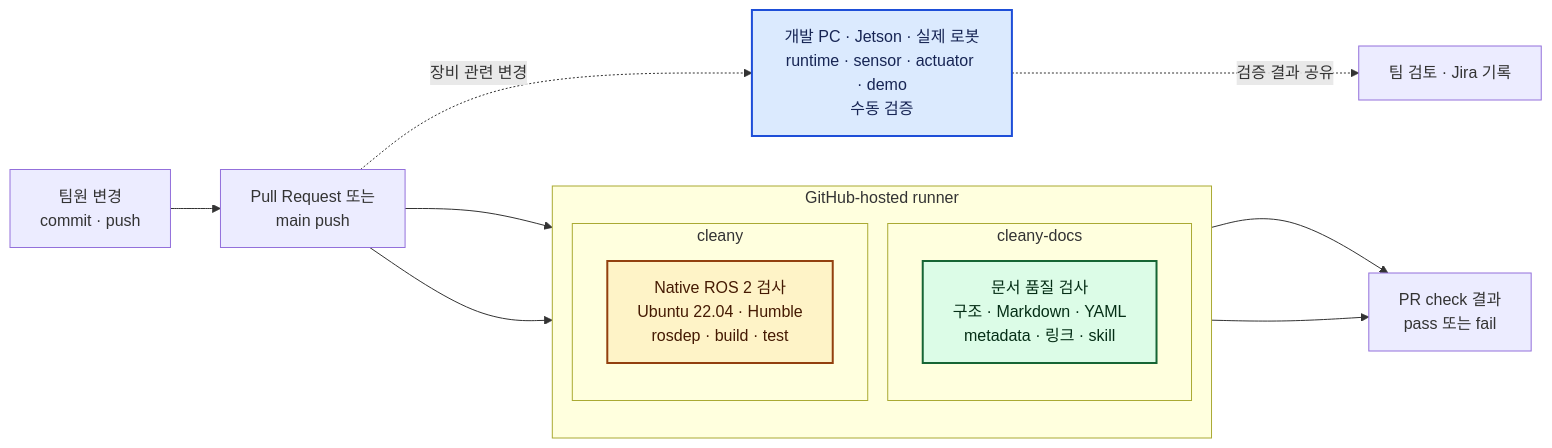
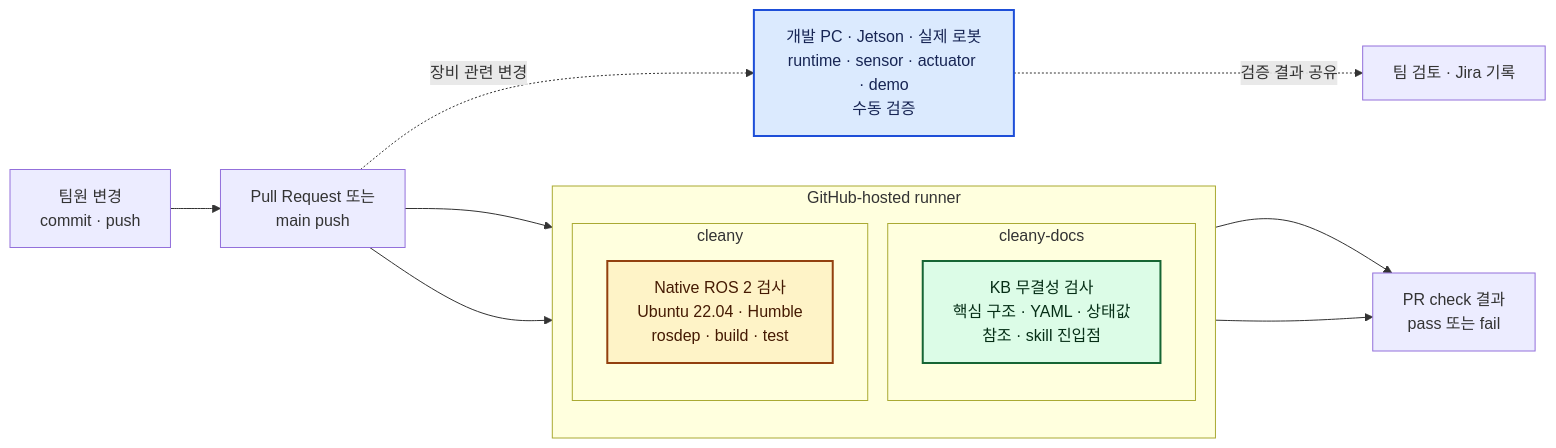
One commit to asm17-moving-agent/cleany-docs changed the first of 3 diagrams in 20_TECHNICAL/13 - CI and Verification Strategy.md. Above: the diagram before and after it, drawn with Mermaid. The commit also changed other lines of this file and 22 other files, not shown here.

````diff
--- a/20_TECHNICAL/13 - CI and Verification Strategy.md
+++ b/20_TECHNICAL/13 - CI and Verification Strategy.md
@@ -49,32 +49,32 @@
 ```mermaid
 flowchart LR
     DEV["팀원 변경<br/>commit · push"] --> PR["Pull Request 또는<br/>main push"]
 
     subgraph GHA["GitHub-hosted runner"]
         direction TB
 
         subgraph DOCS["cleany-docs"]
-            DQ["문서 품질 검사<br/>구조 · Markdown · YAML<br/>metadata · 링크 · skill"]
+            DQ["KB 무결성 검사<br/>핵심 구조 · YAML · 상태값<br/>참조 · skill 진입점"]
         end
 
         subgraph ROBOT["cleany"]
             RC["Native ROS 2 검사<br/>Ubuntu 22.04 · Humble<br/>rosdep · build · test"]
         end
     end
 
     PR --> DQ
     PR --> RC
     DQ --> CHECK["PR check 결과<br/>pass 또는 fail"]
     RC --> CHECK
 
     PR -. "장비 관련 변경" .-> MANUAL["개발 PC · Jetson · 실제 로봇<br/>runtime · sensor · actuator · demo<br/>수동 검증"]
     MANUAL -. "검증 결과 공유" .-> REVIEW["팀 검토 · Jira 기록"]
 
     classDef applied fill:#dcfce7,stroke:#166534,color:#052e16,stroke-width:2px;
     classDef reviewing fill:#fef3c7,stroke:#92400e,color:#451a03,stroke-width:2px;
     classDef manual fill:#dbeafe,stroke:#1d4ed8,color:#172554,stroke-width:2px;
 
     class DQ applied;
     class RC reviewing;
     class MANUAL manual;
 ```
````
